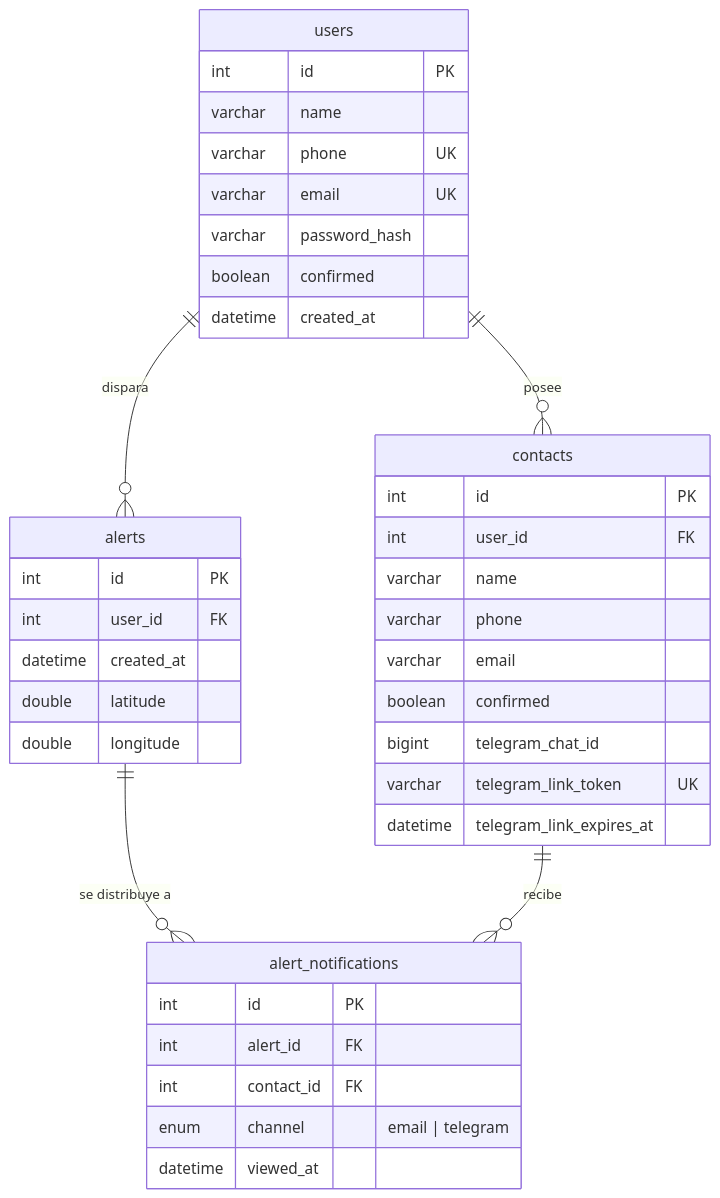
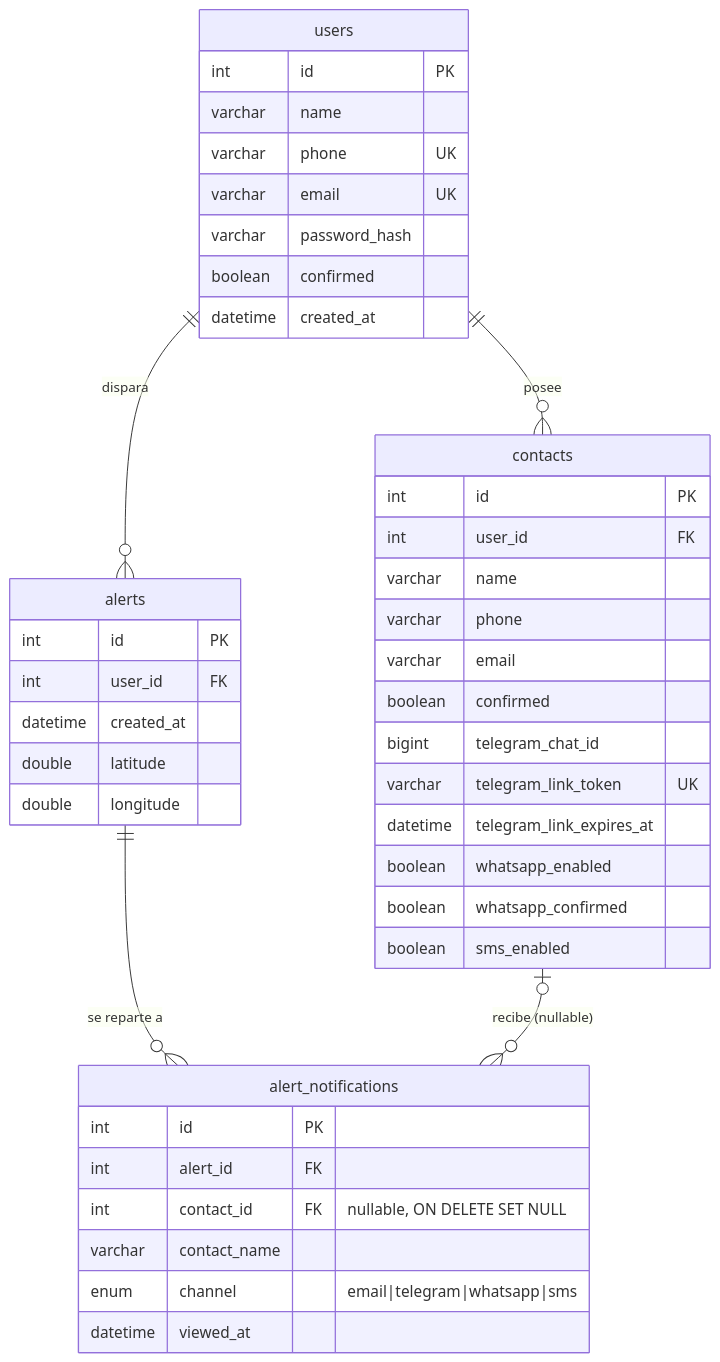
One commit to skellent/iOS-compiler changed the diagram in docs/es/backend/database.md. Above: the diagram before and after it, drawn with Mermaid. The commit also changed other lines of this file and 25 other files, not shown here.

````diff
--- a/docs/es/backend/database.md
+++ b/docs/es/backend/database.md
@@ -7,42 +7,46 @@
 ```mermaid
 erDiagram
     users ||--o{ contacts : "posee"
     users ||--o{ alerts : "dispara"
-    alerts ||--o{ alert_notifications : "se distribuye a"
-    contacts ||--o{ alert_notifications : "recibe"
+    alerts ||--o{ alert_notifications : "se reparte a"
+    contacts |o--o{ alert_notifications : "recibe (nullable)"
 
     users {
         int id PK
         varchar name
         varchar phone UK
         varchar email UK
         varchar password_hash
         boolean confirmed
         datetime created_at
     }
     contacts {
         int id PK
         int user_id FK
         varchar name
         varchar phone
         varchar email
         boolean confirmed
         bigint telegram_chat_id
         varchar telegram_link_token UK
         datetime telegram_link_expires_at
+        boolean whatsapp_enabled
+        boolean whatsapp_confirmed
+        boolean sms_enabled
     }
     alerts {
         int id PK
         int user_id FK
         datetime created_at
         double latitude
         double longitude
     }
     alert_notifications {
         int id PK
         int alert_id FK
-        int contact_id FK
-        enum channel "email | telegram"
+        int contact_id FK "nullable, ON DELETE SET NULL"
+        varchar contact_name
+        enum channel "email|telegram|whatsapp|sms"
         datetime viewed_at
     }
 ```
````
